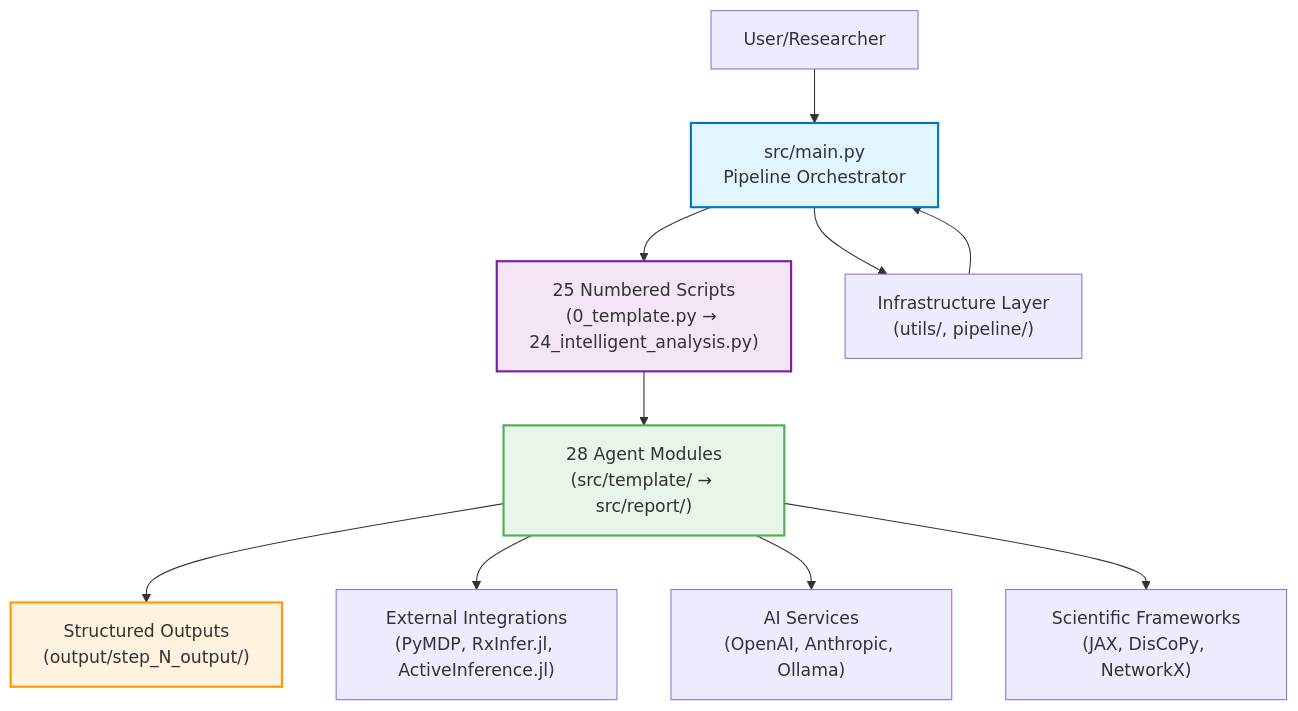
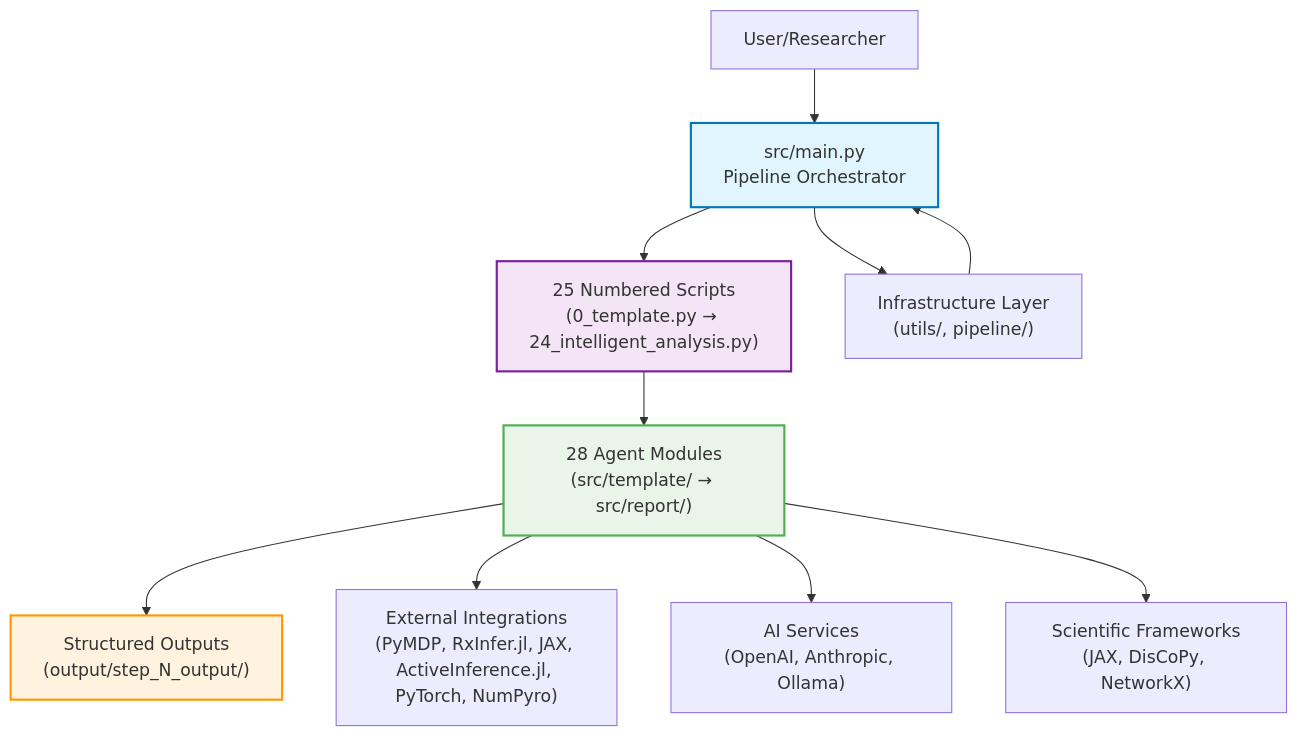
One commit to ActiveInferenceInstitute/GeneralizedNotationNotation changed the first of 7 diagrams in ARCHITECTURE.md. Above: the diagram before and after it, drawn with Mermaid. The commit also changed other lines of this file and 1810 other files, not shown here.

````diff
--- a/ARCHITECTURE.md
+++ b/ARCHITECTURE.md
@@ -42,19 +42,19 @@
 ```mermaid
 graph TB
   A["User/Researcher"] --> B["src/main.py<br/>Pipeline Orchestrator"]
   B --> C["25 Numbered Scripts<br/>(0_template.py → 24_intelligent_analysis.py)"]
   C --> D["28 Agent Modules<br/>(src/template/ → src/report/)"]
   D --> E["Structured Outputs<br/>(output/step_N_output/)"]
 
   B --> F["Infrastructure Layer<br/>(utils/, pipeline/)"]
   F --> B
 
-  D --> G["External Integrations<br/>(PyMDP, RxInfer.jl, ActiveInference.jl)"]
+  D --> G["External Integrations<br/>(PyMDP, RxInfer.jl, JAX, ActiveInference.jl, PyTorch, NumPyro)"]
   D --> H["AI Services<br/>(OpenAI, Anthropic, Ollama)"]
   D --> I["Scientific Frameworks<br/>(JAX, DisCoPy, NetworkX)"]
 
   style B fill:#e1f5fe,stroke:#0277bd,stroke-width:2px
   style C fill:#f3e5f5,stroke:#7b1fa2,stroke-width:2px
   style D fill:#e8f5e8,stroke:#4caf50,stroke-width:2px
   style E fill:#fff3e0,stroke:#ff9800,stroke-width:2px
 ```
````
